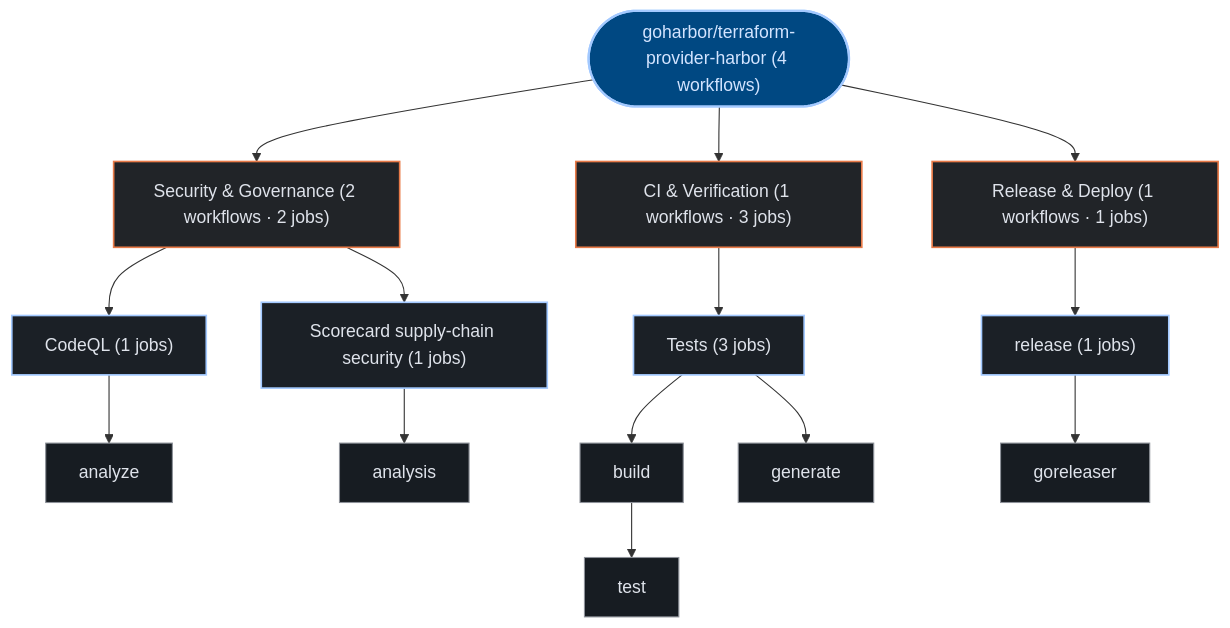
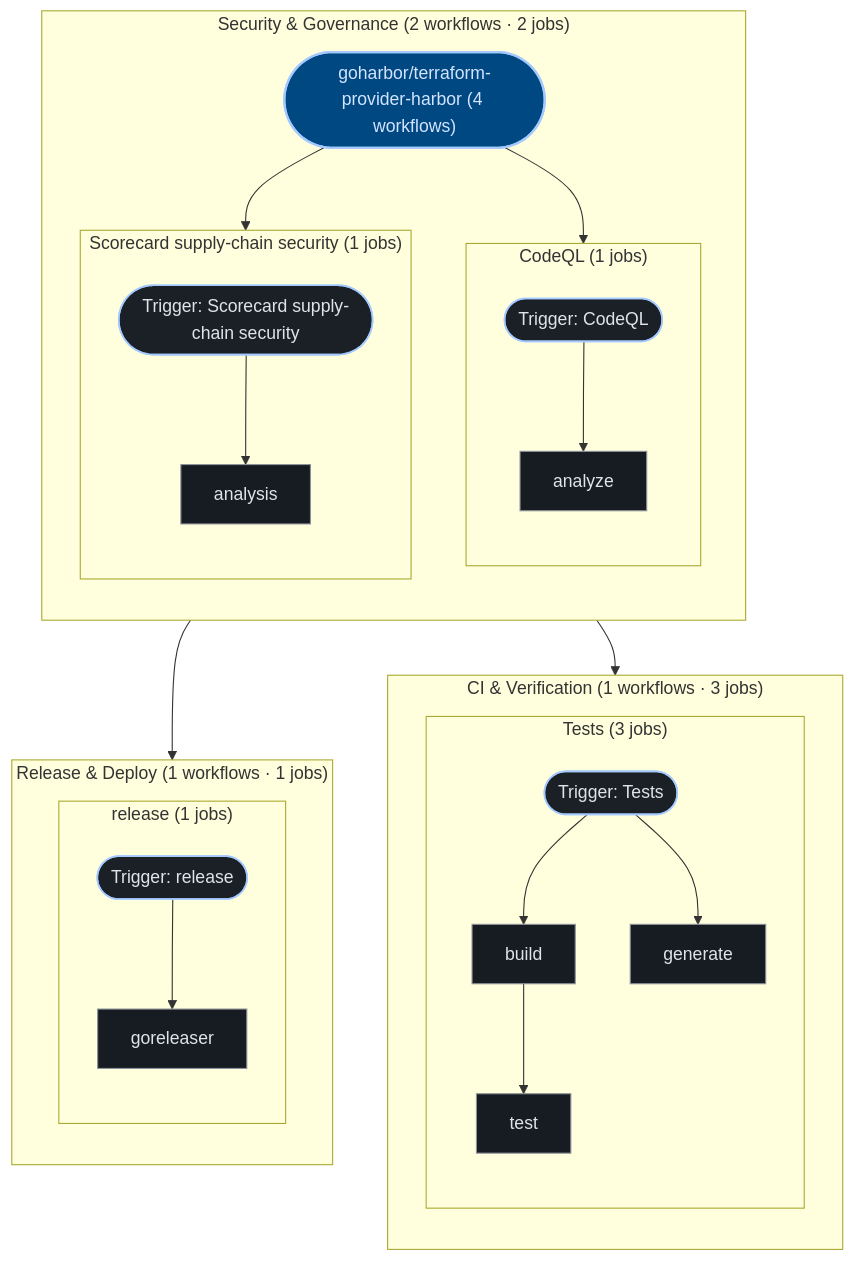
The third of 3 diagrams in exports/latest/reports/goharbor-terraform-provider-harbor-report.md (kumarshaz/atruss-code-atlas), drawn with Mermaid before and after one commit. The commit also changed 181 other files, not shown here.

Commit message:
fix(ui,exporter): align 6-D scorecard KPI 2x2 grid and organize CI/CD pipeline topology with subgraphs

````diff
--- a/exports/latest/reports/goharbor-terraform-provider-harbor-report.md
+++ b/exports/latest/reports/goharbor-terraform-provider-harbor-report.md
@@ -229,37 +229,52 @@
 ```mermaid
 graph TD;
   classDef atlasRoot fill:#004882,stroke:#a3c9ff,stroke-width:2px,color:#d3e4ff
   classDef atlasCategory fill:#212428,stroke:#E87A48,stroke-width:1.5px,color:#dfe3eb
   classDef atlasWorkflow fill:#1b2026,stroke:#a3c9ff,stroke-width:1.5px,color:#dfe3eb
   classDef atlasJob fill:#171c22,stroke:#8d9199,stroke-width:1px,color:#dfe3eb
   classDef atlasTarget fill:#005227,stroke:#8bd99b,stroke-width:1.5px,color:#a7f6b6
   classDef atlasAlert fill:#93000a,stroke:#ffb4ab,stroke-width:1.5px,color:#ffdad6
   classDef atlasMore fill:#252a31,stroke:#8d9199,stroke-dasharray:4 4,color:#c3c6cf
   pipeline_root(["goharbor/terraform-provider-harbor (4 workflows)"]):::atlasRoot
-  grp_0_Security___Governance["Security & Governance (2 workflows · 2 jobs)"]:::atlasCategory
-  pipeline_root --> grp_0_Security___Governance
-  wf_0_CodeQL["CodeQL (1 jobs)"]:::atlasWorkflow
-  grp_0_Security___Governance --> wf_0_CodeQL
-  job_0_analyze["analyze"]:::atlasJob
-  wf_0_CodeQL --> job_0_analyze
-  wf_2_Scorecard_supply_chain_security["Scorecard supply-chain security (1 jobs)"]:::atlasWorkflow
-  grp_0_Security___Governance --> wf_2_Scorecard_supply_chain_security
-  job_2_analysis["analysis"]:::atlasJob
-  wf_2_Scorecard_supply_chain_security --> job_2_analysis
-  grp_1_CI___Verification["CI & Verification (1 workflows · 3 jobs)"]:::atlasCategory
-  pipeline_root --> grp_1_CI___Verification
-  wf_3_Tests["Tests (3 jobs)"]:::atlasWorkflow
-  grp_1_CI___Verification --> wf_3_Tests
-  job_3_build["build"]:::atlasJob
-  job_3_generate["generate"]:::atlasJob
-  job_3_test["test"]:::atlasJob
-  wf_3_Tests --> job_3_build
-  wf_3_Tests --> job_3_generate
-  job_3_build --> job_3_test
-  grp_2_Release___Deploy["Release & Deploy (1 workflows · 1 jobs)"]:::atlasCategory
-  pipeline_root --> grp_2_Release___Deploy
-  wf_1_release["release (1 jobs)"]:::atlasWorkflow
-  grp_2_Release___Deploy --> wf_1_release
-  job_1_goreleaser["goreleaser"]:::atlasJob
-  wf_1_release --> job_1_goreleaser
+  subgraph sg_grp_0_Security___Governance["Security & Governance (2 workflows · 2 jobs)"]
+    direction TB
+    subgraph sg_wf_0_CodeQL["CodeQL (1 jobs)"]
+      direction TB
+      wf_0_CodeQL(["Trigger: CodeQL"]):::atlasWorkflow
+      job_0_analyze["analyze"]:::atlasJob
+      wf_0_CodeQL --> job_0_analyze
+    end
+    pipeline_root --> wf_0_CodeQL
+    subgraph sg_wf_2_Scorecard_supply_chain_security["Scorecard supply-chain security (1 jobs)"]
+      direction TB
+      wf_2_Scorecard_supply_chain_security(["Trigger: Scorecard supply-chain security"]):::atlasWorkflow
+      job_2_analysis["analysis"]:::atlasJob
+      wf_2_Scorecard_supply_chain_security --> job_2_analysis
+    end
+    pipeline_root --> wf_2_Scorecard_supply_chain_security
+  end
+  subgraph sg_grp_1_CI___Verification["CI & Verification (1 workflows · 3 jobs)"]
+    direction TB
+    subgraph sg_wf_3_Tests["Tests (3 jobs)"]
+      direction TB
+      wf_3_Tests(["Trigger: Tests"]):::atlasWorkflow
+      job_3_build["build"]:::atlasJob
+      job_3_generate["generate"]:::atlasJob
+      job_3_test["test"]:::atlasJob
+      wf_3_Tests --> job_3_build
+      wf_3_Tests --> job_3_generate
+      job_3_build --> job_3_test
+    end
+    pipeline_root --> wf_3_Tests
+  end
+  subgraph sg_grp_2_Release___Deploy["Release & Deploy (1 workflows · 1 jobs)"]
+    direction TB
+    subgraph sg_wf_1_release["release (1 jobs)"]
+      direction TB
+      wf_1_release(["Trigger: release"]):::atlasWorkflow
+      job_1_goreleaser["goreleaser"]:::atlasJob
+      wf_1_release --> job_1_goreleaser
+    end
+    pipeline_root --> wf_1_release
+  end
 ```
````
